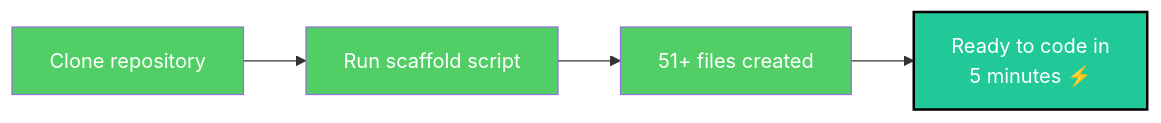
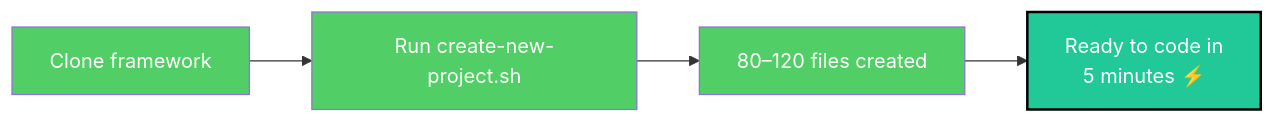
Before and after one commit to lfarizav/hdd-gsd2-hybrid-framework: the second of 4 diagrams in README.md, drawn with Mermaid. The commit also changed other lines of this file and 4 other files, not shown here.

````diff
--- a/README.md
+++ b/README.md
@@ -208,11 +208,11 @@
 ```mermaid
 graph LR
-    A["Clone repository"] --> B["Run scaffold script"]
-    B --> C["51+ files created"]
+    A["Clone framework"] --> B["Run create-new-project.sh"]
+    B --> C["80–120 files created"]
     C --> D["Ready to code in<br/>5 minutes ⚡"]
 
     style A fill:#51cf66,color:#fff
     style B fill:#51cf66,color:#fff
     style C fill:#51cf66,color:#fff
     style D fill:#20c997,color:#fff,stroke:#000,stroke-width:2px
 ```
````
